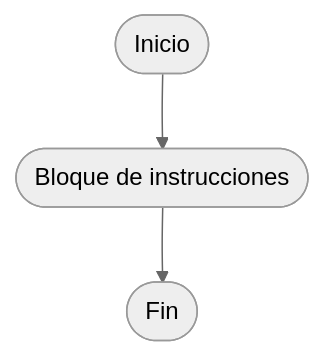
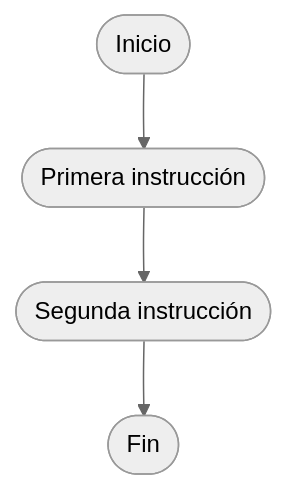
Before and after one commit to danielmartinan/entornos_desarrollo_2024-25: the second of 10 diagrams in UD5_diseno_realizacion_pruebas/apuntes/UD5_2_Tipos_pruebas.md, drawn with Mermaid (neutral theme). The commit also changed other lines of this file and 7 other files, not shown here.

````diff
--- a/UD5_diseno_realizacion_pruebas/apuntes/UD5_2_Tipos_pruebas.md
+++ b/UD5_diseno_realizacion_pruebas/apuntes/UD5_2_Tipos_pruebas.md
@@ -563,5 +563,6 @@
         ```mermaid
         graph TD
-        A([Inicio]) --> B([Bloque de instrucciones])
-        B --> D([Fin])
+        A([Inicio]) --> B([Primera instrucción])
+        B --> C([Segunda instrucción])
+        C --> D([Fin])
         ```
````
